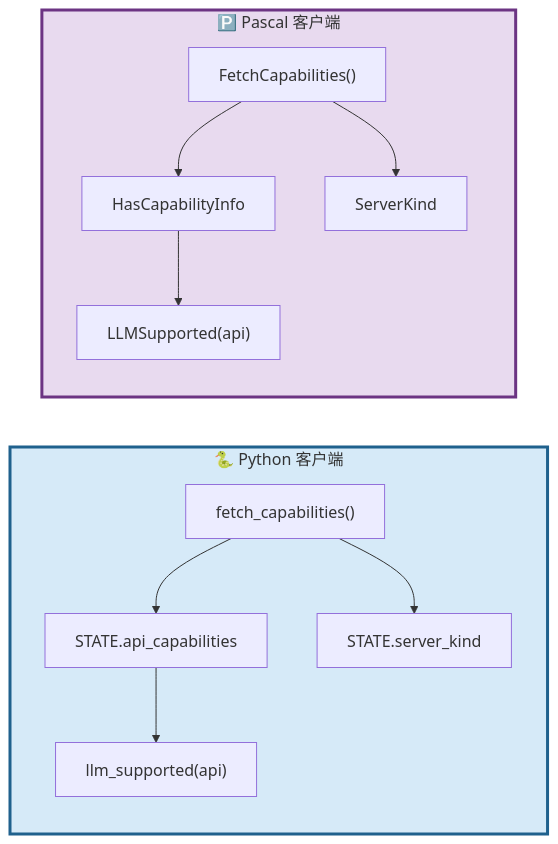
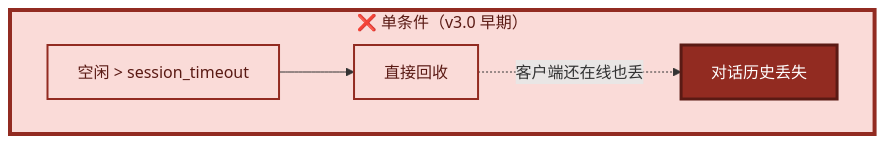
Before and after one commit to PassByYou888/LingoFuse-pasAgent: diagram 16 of 39 in src/llm-service/LingoFuse_LLM_Service_Work_Summary.md, drawn with Mermaid. The commit also changed other lines of this file, not shown here.

````diff
--- a/src/llm-service/LingoFuse_LLM_Service_Work_Summary.md
+++ b/src/llm-service/LingoFuse_LLM_Service_Work_Summary.md
@@ -499,26 +541,12 @@
 ```mermaid
-flowchart LR
-    subgraph PY["🐍 Python 客户端"]
-        PY1["fetch_capabilities()"]
-        PY2["llm_supported(api)"]
-        PY3["STATE.api_capabilities"]
-        PY4["STATE.server_kind"]
+flowchart TB
+    subgraph OLD["❌ 单条件（v3.0 早期）"]
+        O1["空闲 > session_timeout"] --> O2["直接回收"]
+        O2 -.->|"客户端还在线也丢"| O3["对话历史丢失"]
     end
 
-    subgraph PAS["🅿️ Pascal 客户端"]
-        PA1["FetchCapabilities()"]
-        PA2["HasCapabilityInfo"]
-        PA3["LLMSupported(api)"]
-        PA4["ServerKind"]
-    end
-
-    PY1 --> PY3
-    PY1 --> PY4
-    PY3 --> PY2
-    PA1 --> PA2
-    PA1 --> PA4
-    PA2 --> PA3
-
-    style PY fill:#D6EAF8,stroke:#1F618D,stroke-width:3px
-    style PAS fill:#E8DAEF,stroke:#6C3483,stroke-width:3px
+    style OLD fill:#FADBD8,stroke:#922B21,stroke-width:4px,color:#5A1A14
+    style O1 fill:#FADBD8,stroke:#922B21,stroke-width:2px,color:#5A1A14
+    style O2 fill:#FADBD8,stroke:#922B21,stroke-width:2px,color:#5A1A14
+    style O3 fill:#922B21,stroke:#5A1A14,stroke-width:3px,color:#FFFFFF
 ```
````
